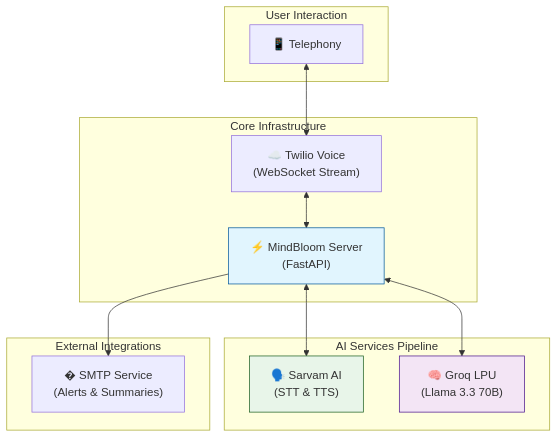
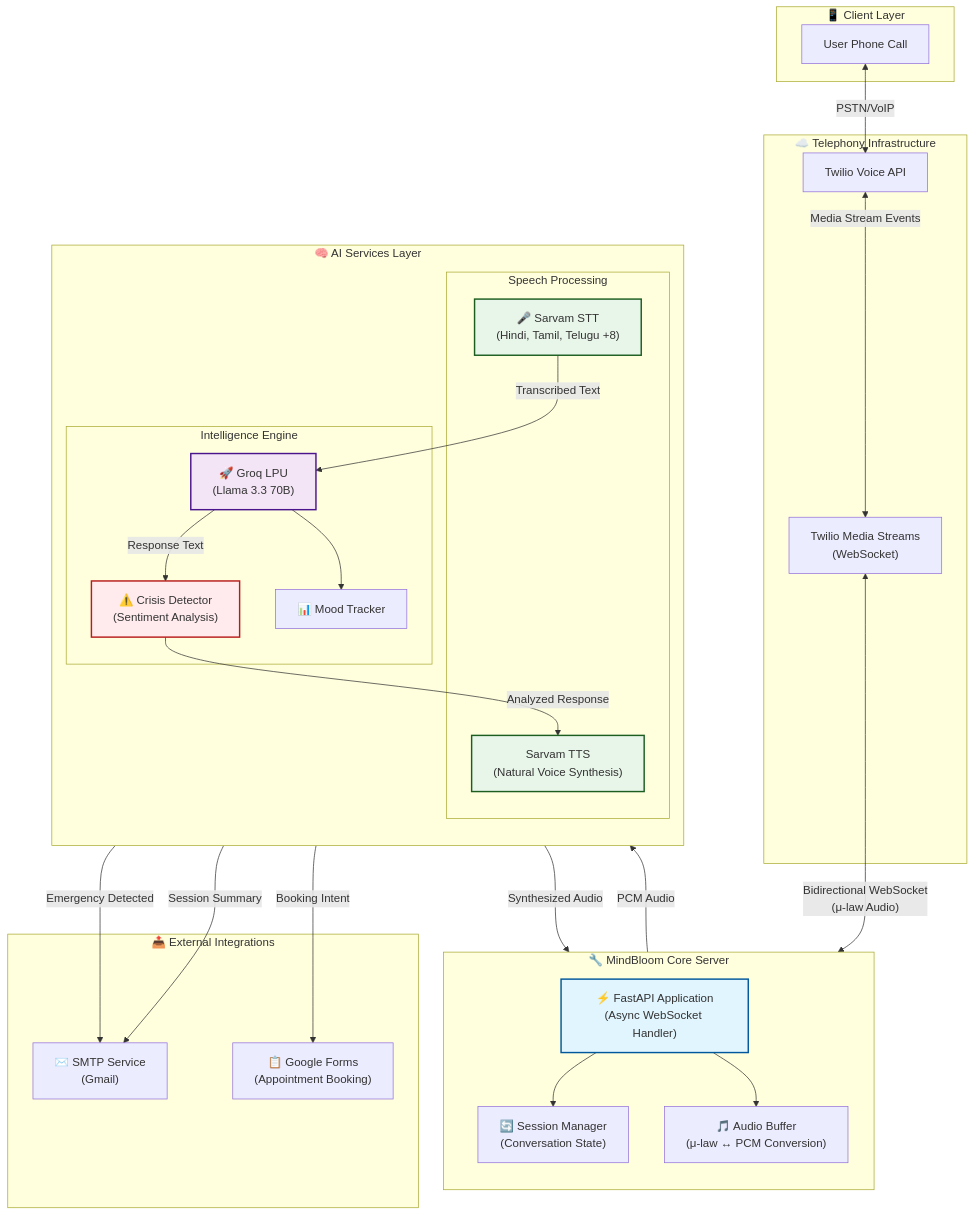
One commit to HimanshuMohanty-Git24/MindBloomAI changed the diagram in README.md. Above: the diagram before and after it, drawn with Mermaid. The commit also changed other lines of this file, not shown here.

Commit message:
docs: Enhance README with Docker integration, detailed project objectives, and an expanded architecture diagram and data flow.

````diff
--- a/README.md
+++ b/README.md
@@ -50,30 +72,59 @@
 ```mermaid
 flowchart TB
-    subgraph User Interaction
-        Phone["📱 Telephony"]
+    subgraph Client["📱 Client Layer"]
+        Phone["User Phone Call"]
     end
 
-    subgraph "Core Infrastructure"
-        Twilio["☁️ Twilio Voice\n(WebSocket Stream)"]
-        FastAPI["⚡ MindBloom Server\n(FastAPI)"]
+    subgraph Telephony["☁️ Telephony Infrastructure"]
+        TwilioVoice["Twilio Voice API"]
+        TwilioMedia["Twilio Media Streams<br/>(WebSocket)"]
     end
 
-    subgraph "AI Services Pipeline"
-        Sarvam["🗣️ Sarvam AI\n(STT & TTS)"]
-        Groq["🧠 Groq LPU\n(Llama 3.3 70B)"]
+    subgraph Core["🔧 MindBloom Core Server"]
+        direction TB
+        FastAPI["⚡ FastAPI Application<br/>(Async WebSocket Handler)"]
+        SessionMgr["🔄 Session Manager<br/>(Conversation State)"]
+        AudioBuf["🎵 Audio Buffer<br/>(μ-law ↔ PCM Conversion)"]
     end
 
-    subgraph "External Integrations"
-        Gmail["� SMTP Service\n(Alerts & Summaries)"]
+    subgraph Services["🧠 AI Services Layer"]
+        direction TB
+        subgraph Speech["Speech Processing"]
+            STT["🎤 Sarvam STT<br/>(Hindi, Tamil, Telugu +8)"]
+            TTS["Sarvam TTS<br/>(Natural Voice Synthesis)"]
+        end
+        subgraph Intelligence["Intelligence Engine"]
+            Groq["🚀 Groq LPU<br/>(Llama 3.3 70B)"]
+            Crisis["⚠️ Crisis Detector<br/>(Sentiment Analysis)"]
+            Mood["📊 Mood Tracker"]
+        end
     end
 
-    Phone <--> Twilio
-    Twilio <--> FastAPI
-    FastAPI <--> Sarvam
-    FastAPI <--> Groq
-    FastAPI --> Gmail
+    subgraph External["📤 External Integrations"]
+        SMTP["✉️ SMTP Service<br/>(Gmail)"]
+        GForms["📋 Google Forms<br/>(Appointment Booking)"]
+    end
 
-    style FastAPI fill:#e1f5fe,stroke:#01579b
-    style Groq fill:#f3e5f5,stroke:#4a148c
-    style Sarvam fill:#e8f5e9,stroke:#1b5e20
+    Phone <-->|"PSTN/VoIP"| TwilioVoice
+    TwilioVoice <-->|"Media Stream Events"| TwilioMedia
+    TwilioMedia <-->|"Bidirectional WebSocket<br/>(μ-law Audio)"| FastAPI
+
+    FastAPI --> SessionMgr
+    FastAPI --> AudioBuf
+    AudioBuf -->|"PCM Audio"| STT
+    STT -->|"Transcribed Text"| Groq
+    Groq -->|"Response Text"| Crisis
+    Crisis -->|"Analyzed Response"| TTS
+    TTS -->|"Synthesized Audio"| AudioBuf
+
+    Groq --> Mood
+    Crisis -->|"Emergency Detected"| SMTP
+    Mood -->|"Session Summary"| SMTP
+    Groq -->|"Booking Intent"| GForms
+
+    style FastAPI fill:#e1f5fe,stroke:#01579b,stroke-width:2px
+    style Groq fill:#f3e5f5,stroke:#4a148c,stroke-width:2px
+    style STT fill:#e8f5e9,stroke:#1b5e20,stroke-width:2px
+    style TTS fill:#e8f5e9,stroke:#1b5e20,stroke-width:2px
+    style Crisis fill:#ffebee,stroke:#b71c1c,stroke-width:2px
 ```
````
